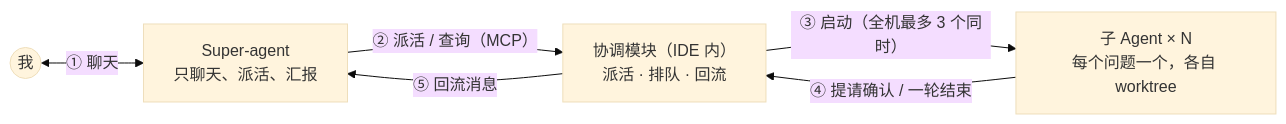
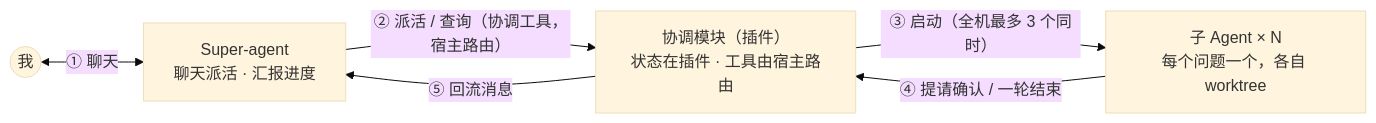
Before and after one commit to panda-student/openidea: the first of 4 diagrams in docs/plan/super-agent.md, drawn with Mermaid (base theme). The commit also changed other lines of this file, not shown here.

First line of the commit message:
docs(plan): finalize super-agent design as a plugin with stateless host WIT capabilities

````diff
--- a/docs/plan/super-agent.md
+++ b/docs/plan/super-agent.md
@@ -28,13 +30,13 @@
 ```mermaid
 flowchart LR
     ME(("我"))
-    SA["Super-agent<br/>只聊天、派活、汇报"]
-    CO["协调模块（IDE 内）<br/>派活 · 排队 · 回流"]
+    SA["Super-agent<br/>聊天派活 · 汇报进度"]
+    CO["协调模块（插件）<br/>状态在插件 · 工具由宿主路由"]
     W["子 Agent × N<br/>每个问题一个，各自 worktree"]
 
     ME <-- "① 聊天" --> SA
-    SA -- "② 派活 / 查询（MCP）" --> CO
+    SA -- "② 派活 / 查询（协调工具，宿主路由）" --> CO
     CO -- "③ 启动（全机最多 3 个同时）" --> W
     W -- "④ 提请确认 / 一轮结束" --> CO
     CO -- "⑤ 回流消息" --> SA
 ```
````
